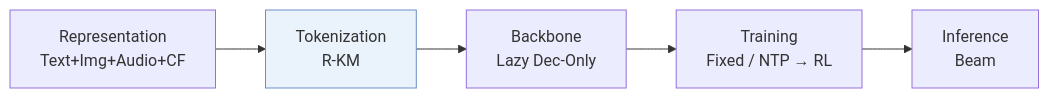
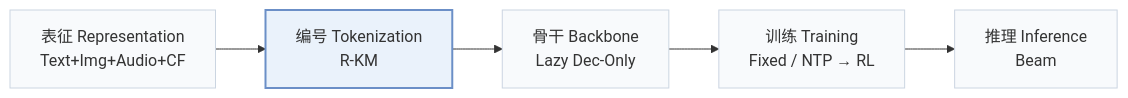
Before and after one commit to Galaxy-ghost/Awesome-SID-Generative-Rec: the first of 2 diagrams in pages/zh/papers/onelive.md, drawn with Mermaid. The commit also changed other lines of this file and 649 other files, not shown here.

Commit message:
writer-05: also tags and modality index (schema, check, build, visuals); summary field removed; calibration data for 12 papers

````diff
--- a/pages/zh/papers/onelive.md
+++ b/pages/zh/papers/onelive.md
@@ -13,6 +15,8 @@
 ```mermaid
 flowchart LR
-    R["Representation<br/>Text+Img+Audio+CF"] --> T["Tokenization<br/>R-KM"] --> B["Backbone<br/>Lazy Dec-Only"] --> TR["Training<br/>Fixed / NTP → RL"] --> I["Inference<br/>Beam"]
-    classDef main fill:#eaf2fb,stroke:#6b8fc7
+    R["表征 Representation<br/>Text+Img+Audio+CF"] --> T["编号 Tokenization<br/>R-KM"] --> B["骨干 Backbone<br/>Lazy Dec-Only"] --> TR["训练 Training<br/>Fixed / NTP → RL"] --> I["推理 Inference<br/>Beam"]
+    classDef base fill:#f8fafc,stroke:#cbd5e1
+    class R,T,B,TR,I base
+    classDef main fill:#eaf2fb,stroke:#6b8fc7,stroke-width:2px
     class T main
 ```
````
